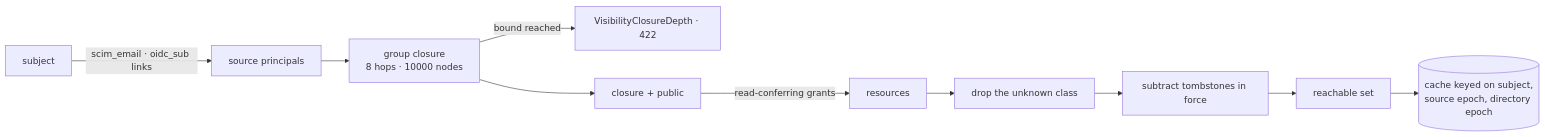
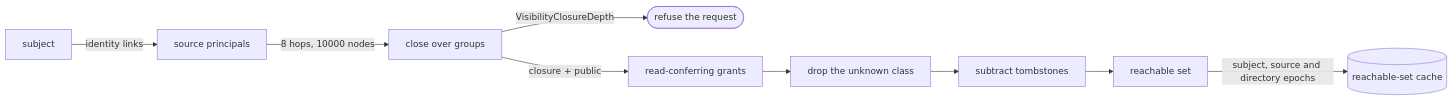
Before and after one commit to fractalboxdev/contextful: the second of 3 diagrams in spec/60-visibility.md, drawn with Mermaid. The commit also changed other lines of this file and 24 other files, not shown here.

First line of the commit message:
spec: every flowchart draws one entity or process per node

````diff
--- a/spec/60-visibility.md
+++ b/spec/60-visibility.md
@@ -93,12 +93,11 @@
 ```mermaid
 flowchart LR
-  S["subject"] -- "scim_email · oidc_sub links" --> SP["source principals"]
-  SP --> GC["group closure<br/>8 hops · 10000 nodes"]
-  GC -- "bound reached" --> E1["VisibilityClosureDepth · 422"]
-  GC --> PUB["closure + public"]
-  PUB -- "read-conferring grants" --> RES["resources"]
+  S["subject"] -- "identity links" --> SP["source principals"]
+  SP -- "8 hops, 10000 nodes" --> GC["close over groups"]
+  GC -- "VisibilityClosureDepth" --> E1(["refuse the request"])
+  GC -- "closure + public" --> RES["read-conferring grants"]
   RES --> UNK["drop the unknown class"]
-  UNK --> TOMB["subtract tombstones in force"]
+  UNK --> TOMB["subtract tombstones"]
   TOMB --> SET["reachable set"]
-  SET --> CACHE[("cache keyed on subject,<br/>source epoch, directory epoch")]
+  SET -- "subject, source and directory epochs" --> CACHE[("reachable-set cache")]
 ```
````
